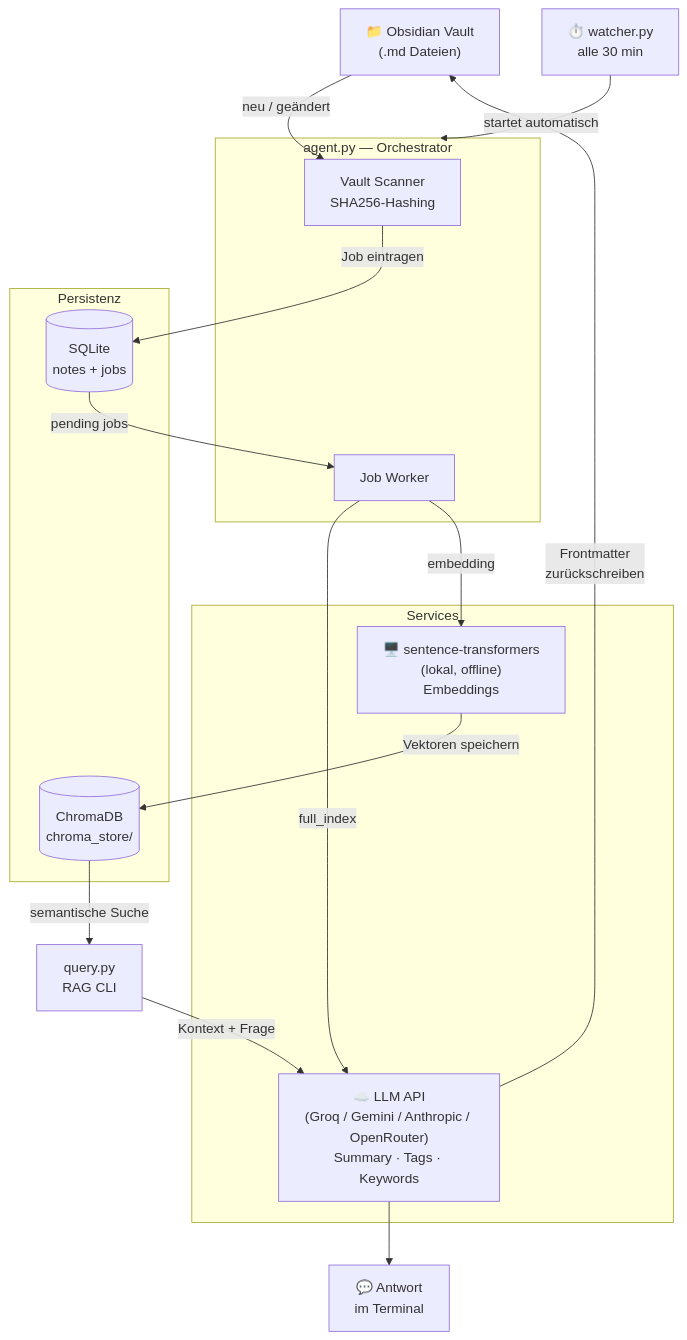
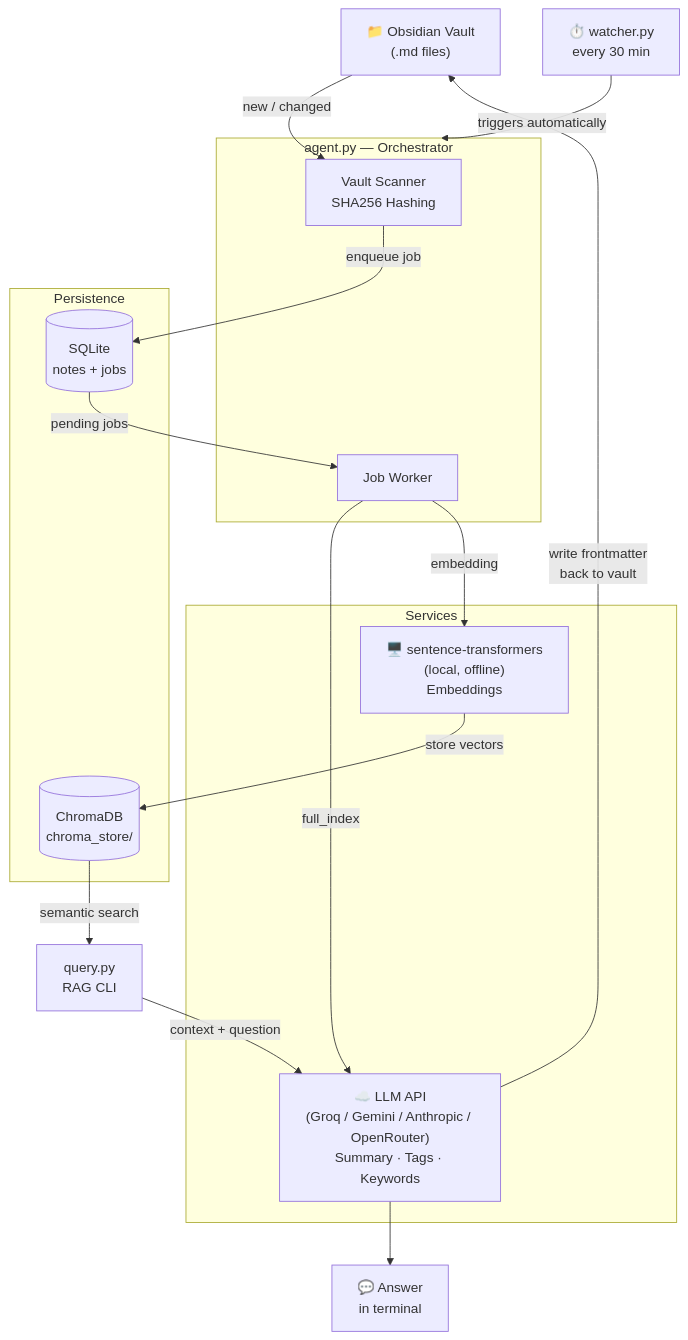
Before and after one commit to khReichel/obsidian-ai-agent: the diagram in README.md, drawn with Mermaid. The commit also changed other lines of this file, not shown here.

````diff
--- a/README.md
+++ b/README.md
@@ -9,35 +9,35 @@
 ```mermaid
 flowchart TD
-    V["📁 Obsidian Vault\n(.md Dateien)"]
-    WCH["⏱️ watcher.py\nalle 30 min"]
+    V["📁 Obsidian Vault\n(.md files)"]
+    WCH["⏱️ watcher.py\nevery 30 min"]
 
     subgraph agent["agent.py — Orchestrator"]
-        S["Vault Scanner\nSHA256-Hashing"]
+        S["Vault Scanner\nSHA256 Hashing"]
         W["Job Worker"]
     end
 
     subgraph services["Services"]
         LLM["☁️ LLM API\n(Groq / Gemini / Anthropic / OpenRouter)\nSummary · Tags · Keywords"]
-        EMB["🖥️ sentence-transformers\n(lokal, offline)\nEmbeddings"]
+        EMB["🖥️ sentence-transformers\n(local, offline)\nEmbeddings"]
     end
 
-    subgraph storage["Persistenz"]
+    subgraph storage["Persistence"]
         DB[("SQLite\nnotes + jobs")]
         CHROMA[("ChromaDB\nchroma_store/")]
     end
 
     Q["query.py\nRAG CLI"]
-    ANS["💬 Antwort\nim Terminal"]
+    ANS["💬 Answer\nin terminal"]
 
-    WCH -->|"startet automatisch"| agent
-    V -->|"neu / geändert"| S
-    S -->|"Job eintragen"| DB
+    WCH -->|"triggers automatically"| agent
+    V -->|"new / changed"| S
+    S -->|"enqueue job"| DB
     DB -->|"pending jobs"| W
     W -->|"full_index"| LLM
-    LLM -->|"Frontmatter\nzurückschreiben"| V
+    LLM -->|"write frontmatter\nback to vault"| V
     W -->|"embedding"| EMB
-    EMB -->|"Vektoren speichern"| CHROMA
-    CHROMA -->|"semantische Suche"| Q
-    Q -->|"Kontext + Frage"| LLM
+    EMB -->|"store vectors"| CHROMA
+    CHROMA -->|"semantic search"| Q
+    Q -->|"context + question"| LLM
     LLM --> ANS
 ```
````
